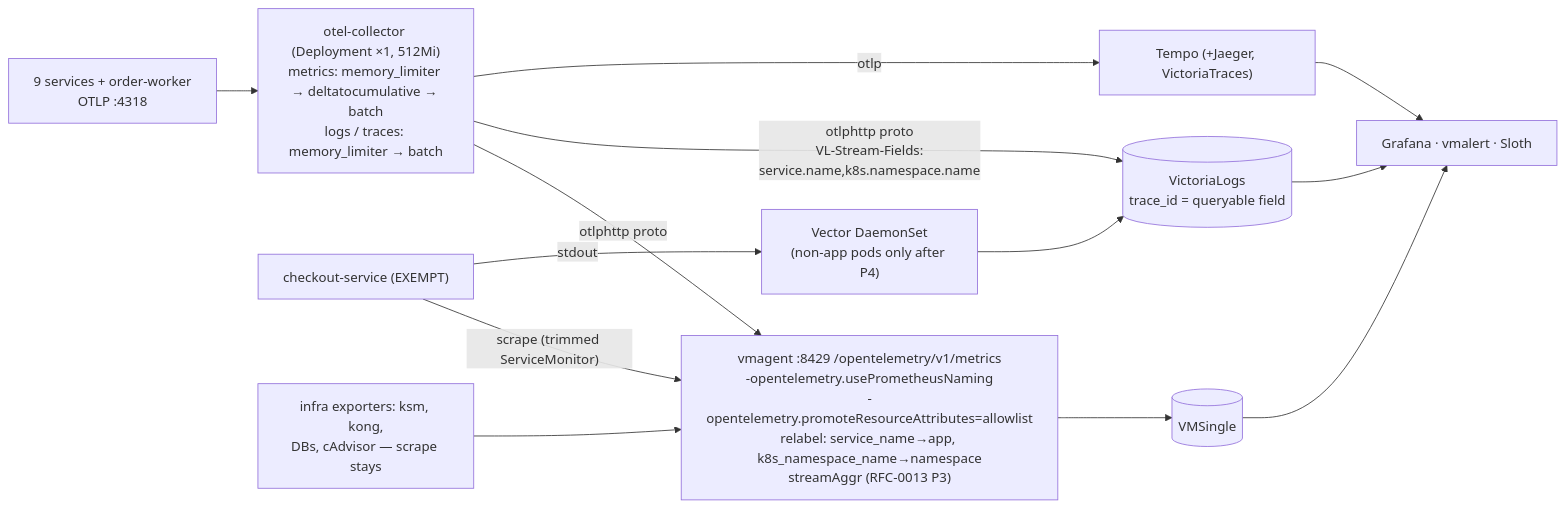
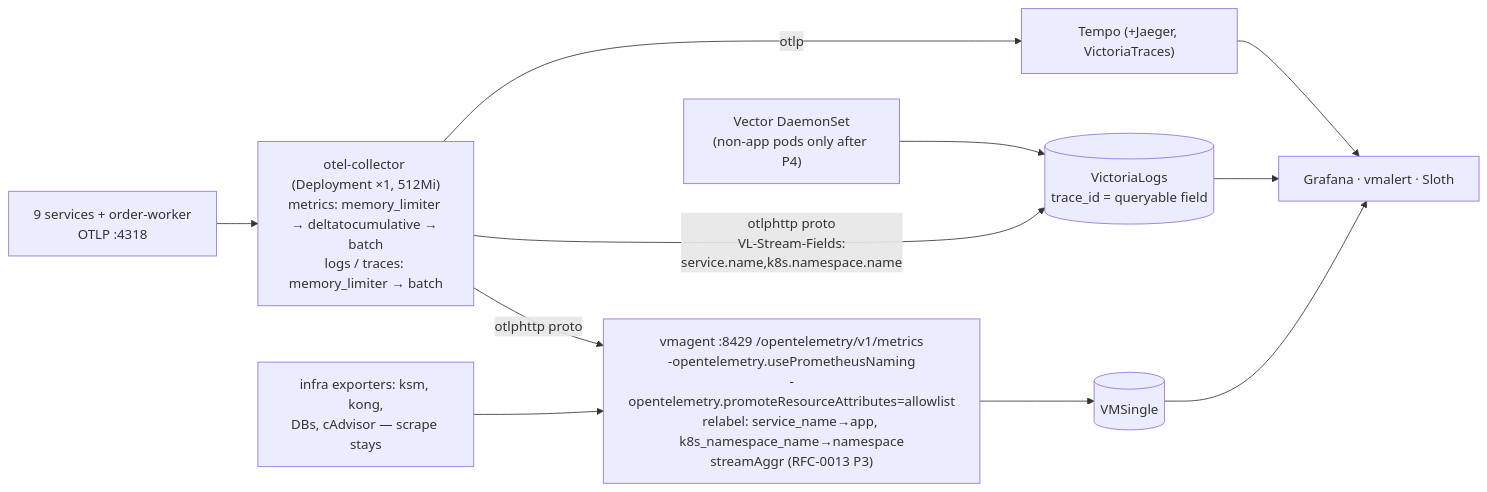
One commit to duynhlab/homelab changed the third of 4 diagrams in docs/proposals/rfc/RFC-0014/README.md. Above: the diagram before and after it, drawn with Mermaid. The commit also changed other lines of this file and 13 other files, not shown here.

````diff
--- a/docs/proposals/rfc/RFC-0014/README.md
+++ b/docs/proposals/rfc/RFC-0014/README.md
@@ -162,13 +163,11 @@
 ```mermaid
 flowchart LR
     S9["9 services + order-worker<br/>OTLP :4318"] --> RCV["otel-collector (Deployment ×1, 512Mi)<br/>metrics: memory_limiter → deltatocumulative → batch<br/>logs / traces: memory_limiter → batch"]
-    CHK["checkout-service (EXEMPT)"]
     RCV -->|"otlphttp proto"| VMA["vmagent :8429 /opentelemetry/v1/metrics<br/>-opentelemetry.usePrometheusNaming<br/>-opentelemetry.promoteResourceAttributes=allowlist<br/>relabel: service_name→app, k8s_namespace_name→namespace<br/>streamAggr (RFC-0013 P3)"]
     VMA --> VMS[("VMSingle")]
     RCV -->|"otlphttp proto<br/>VL-Stream-Fields:<br/>service.name,k8s.namespace.name"| VL[("VictoriaLogs<br/>trace_id = queryable field")]
     RCV -->|otlp| TMP["Tempo (+Jaeger, VictoriaTraces)"]
-    CHK -->|"scrape (trimmed ServiceMonitor)"| VMA
-    CHK -->|stdout| VEC["Vector DaemonSet<br/>(non-app pods only after P4)"] --> VL
+    VEC["Vector DaemonSet<br/>(non-app pods only after P4)"] --> VL
     INF["infra exporters: ksm, kong,<br/>DBs, cAdvisor — scrape stays"] --> VMA
     VMS & VL & TMP --> GRAF["Grafana · vmalert · Sloth"]
 ```
````
